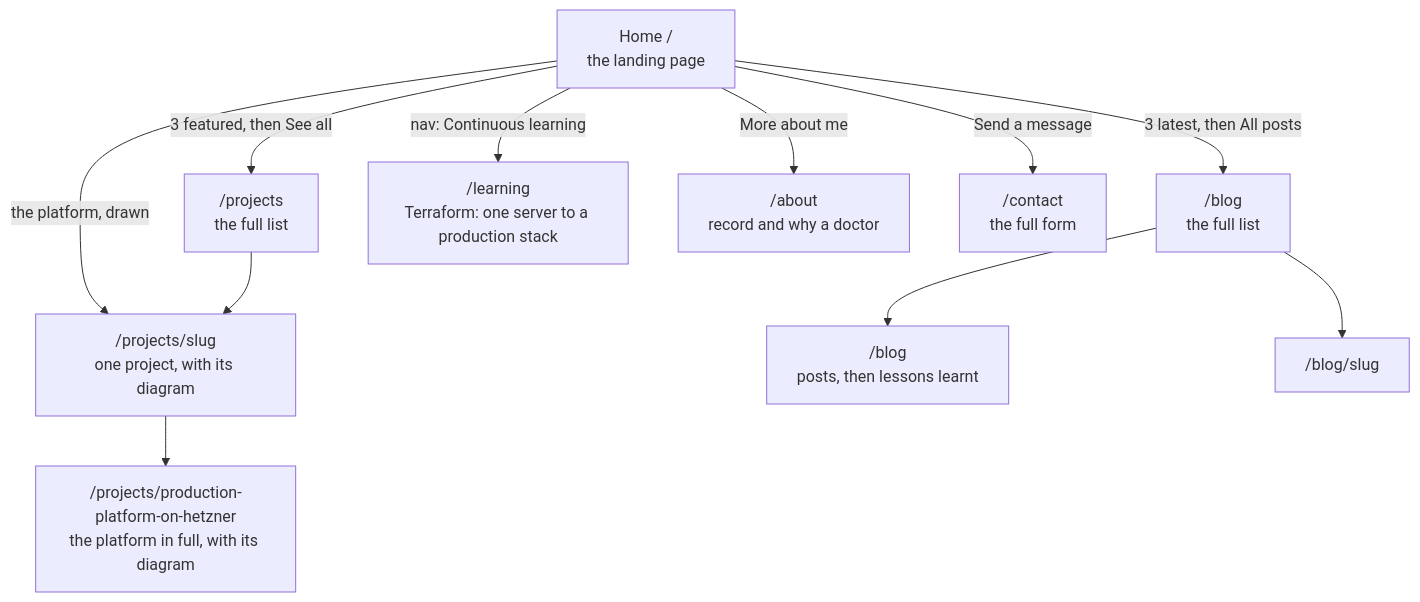
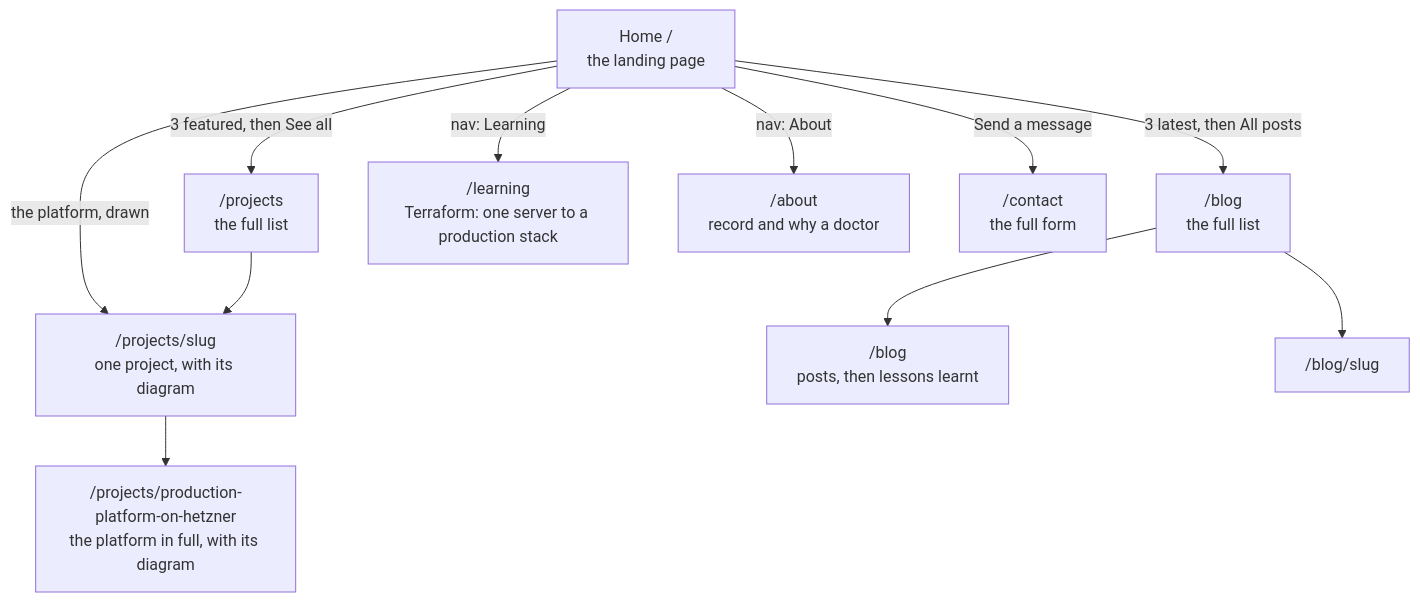
Before and after one commit to BamiseOmolaso/cloudportfoliowebsite: the diagram in docs/infra/09-site-structure-and-content.md, drawn with Mermaid. The commit also changed other lines of this file and 12 other files, not shown here.

Commit message:
feat: two patterns on home, Learning page, primary buttons, Technical tools with more logos, drop why-a-doctor teaser

````diff
--- a/docs/infra/09-site-structure-and-content.md
+++ b/docs/infra/09-site-structure-and-content.md
@@ -15,14 +15,14 @@
 ```mermaid
 flowchart TD
   H["Home /<br/>the landing page"]
   H -->|"the platform, drawn"| PS
   H -->|"3 featured, then See all"| P["/projects<br/>the full list"]
   H -->|"3 latest, then All posts"| B["/blog<br/>the full list"]
-  H -->|"nav: Continuous learning"| LR["/learning<br/>Terraform: one server to a production stack"]
-  H -->|"More about me"| AB["/about<br/>record and why a doctor"]
+  H -->|"nav: Learning"| LR["/learning<br/>Terraform: one server to a production stack"]
+  H -->|"nav: About"| AB["/about<br/>record and why a doctor"]
   H -->|"Send a message"| CF["/contact<br/>the full form"]
   P --> PS["/projects/slug<br/>one project, with its diagram"]
   PS --> PL["/projects/production-platform-on-hetzner<br/>the platform in full, with its diagram"]
   B --> L["/blog<br/>posts, then lessons learnt"]
   B --> BS["/blog/slug"]
 ```
````
